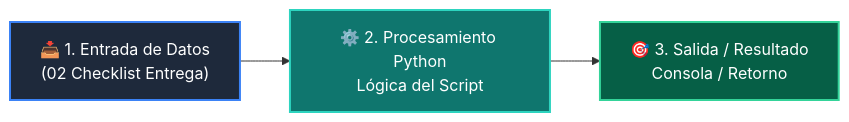
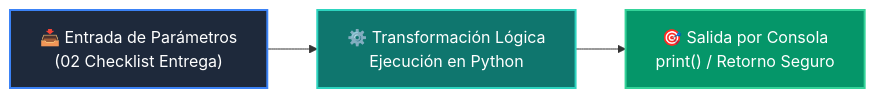
Before and after one commit to wisrovi/wisrovi-python: the diagram in 04-proyecto-final/clase-08-despliegue-cicd-portafolio/ejemplos/ejemplo_02_checklist_entrega/README.md, drawn with Mermaid. The commit also changed other lines of this file and 226 other files, not shown here.

Commit message:
docs: elevate all repository READMEs to world-class mastery standard with rich pedagogical architecture, custom Mermaids, and professional styling

````diff
--- a/04-proyecto-final/clase-08-despliegue-cicd-portafolio/ejemplos/ejemplo_02_checklist_entrega/README.md
+++ b/04-proyecto-final/clase-08-despliegue-cicd-portafolio/ejemplos/ejemplo_02_checklist_entrega/README.md
@@ -12,9 +19,9 @@
 ```mermaid
 flowchart LR
-    A["📥 1. Entrada de Datos<br/>(02 Checklist Entrega)"] --> B["⚙️ 2. Procesamiento Python<br/>Lógica del Script"]
-    B --> C["🎯 3. Salida / Resultado<br/>Consola / Retorno"]
+    A["📥 Entrada de Parámetros<br/>(02 Checklist Entrega)"] --> B["⚙️ Transformación Lógica<br/>Ejecución en Python"]
+    B --> C["🎯 Salida por Consola<br/>print() / Retorno Seguro"]
 
-    style A fill:#1e293b,color:#fff,stroke:#3b82f6,stroke-width:2px
-    style B fill:#0f766e,color:#fff,stroke:#2dd4bf,stroke-width:2px
-    style C fill:#065f46,color:#fff,stroke:#34d399,stroke-width:2px
+    style A fill:#1e293b,color:#ffffff,stroke:#3b82f6,stroke-width:2px
+    style B fill:#0f766e,color:#ffffff,stroke:#2dd4bf,stroke-width:2px
+    style C fill:#059669,color:#ffffff,stroke:#34d399,stroke-width:2px
 ```
````
